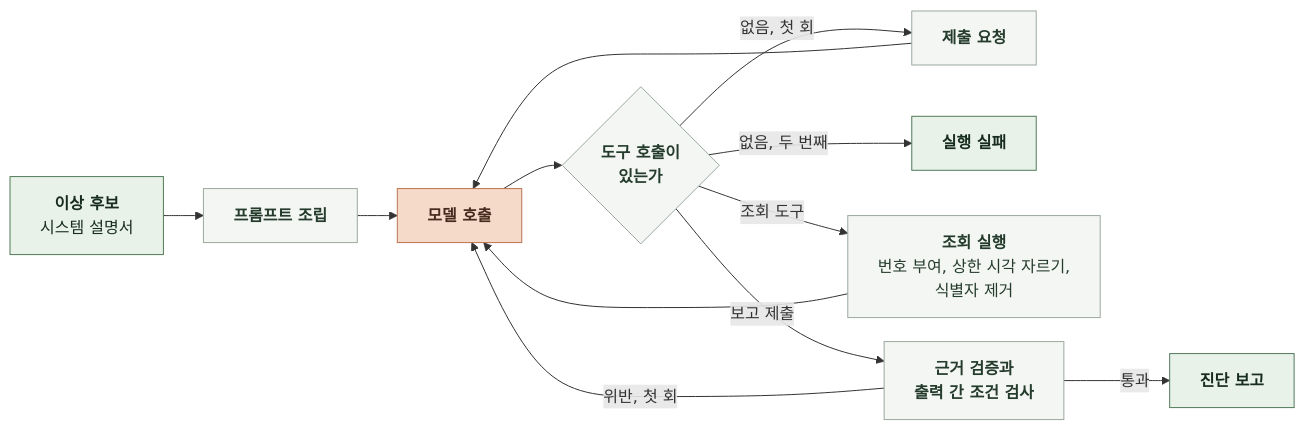
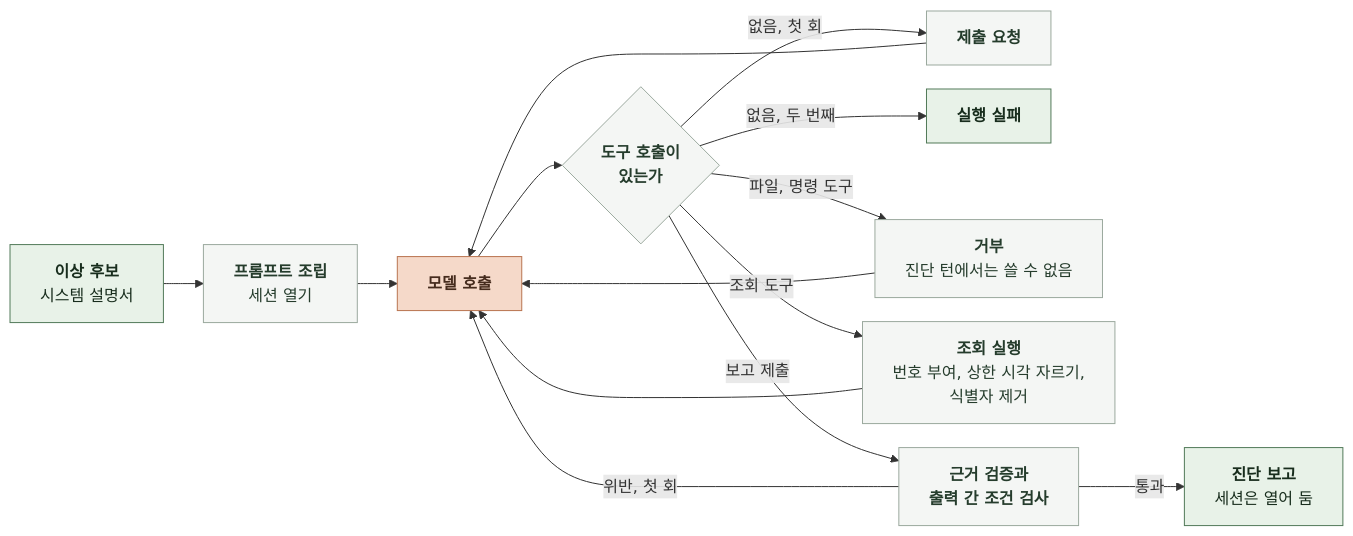
Before and after one commit to KIM-N-KANG/knk-harness: the diagram in docs/domain/OBSERVABILITY/AI/6-1-AI-EXECUTION.md, drawn with Mermaid. The commit also changed other lines of this file and 16 other files, not shown here.

````diff
--- a/docs/domain/OBSERVABILITY/AI/6-1-AI-EXECUTION.md
+++ b/docs/domain/OBSERVABILITY/AI/6-1-AI-EXECUTION.md
@@ -11,26 +11,31 @@
 ```mermaid
 %%{init: {"flowchart": {"curve": "basis", "nodeSpacing": 24, "rankSpacing": 40}}}%%
 flowchart LR
     I["`**이상 후보**
-시스템 설명서`"] --> P["`**프롬프트 조립**`"]
+시스템 설명서`"] --> P["`**프롬프트 조립**
+세션 열기`"]
     P --> M["`**모델 호출**`"]
     M --> T{"`**도구 호출이
 있는가**`"}
     T -->|"`없음, 첫 회`"| R["`**제출 요청**`"]
     T -->|"`없음, 두 번째`"| F["`**실행 실패**`"]
+    T -->|"`파일, 명령 도구`"| D["`**거부**
+진단 턴에서는 쓸 수 없음`"]
     T -->|"`조회 도구`"| Q["`**조회 실행**
 번호 부여, 상한 시각 자르기,
 식별자 제거`"]
     T -->|"`보고 제출`"| V["`**근거 검증과
 출력 간 조건 검사**`"]
     R --> M
+    D --> M
     Q --> M
     V -->|"`위반, 첫 회`"| M
-    V -->|"`통과`"| O["`**진단 보고**`"]
+    V -->|"`통과`"| O["`**진단 보고**
+세션은 열어 둠`"]
     classDef data fill:#E8F2E8,stroke:#527A59,color:#182D1D
     classDef model fill:#F5D9C9,stroke:#B97450,color:#452B1D
     classDef code fill:#F4F6F4,stroke:#9BA99E,color:#253C2C
     class I,O,F data
     class M model
-    class P,T,Q,V,R code
+    class P,T,Q,V,R,D code
 ```
````
